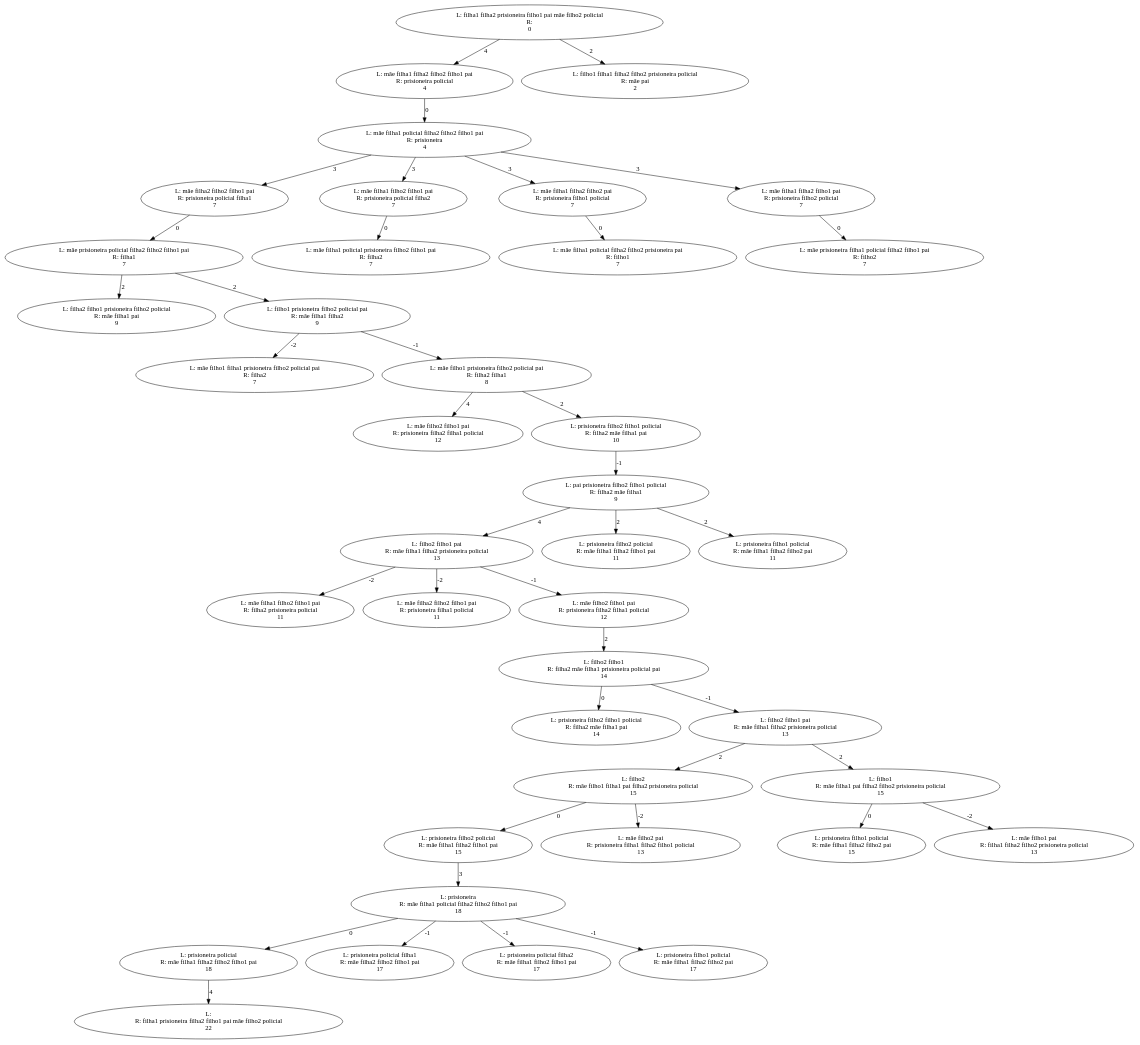
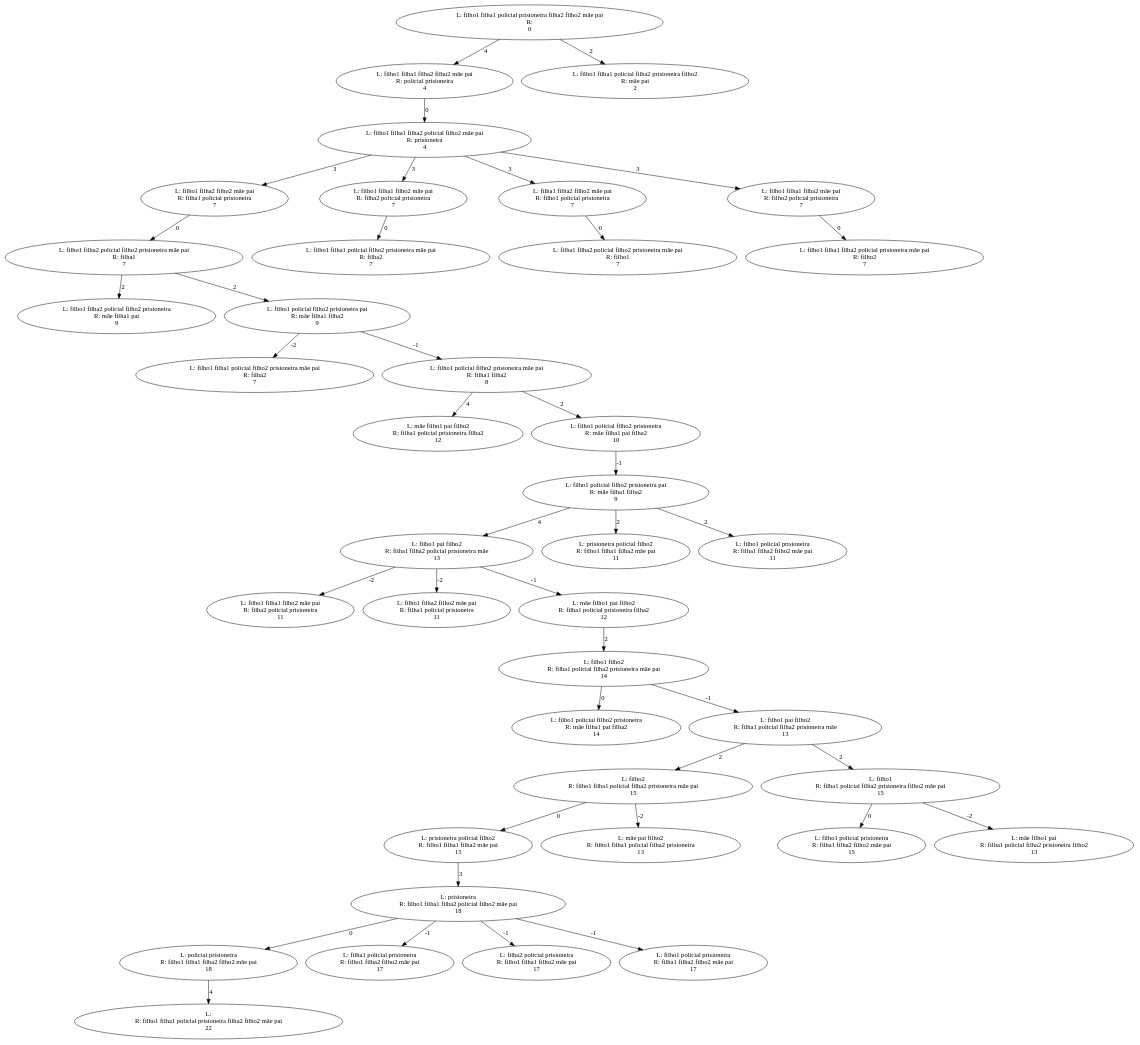
One commit to infingardi/Travessia-do-rio changed the diagram in Trees/gulosaTree.dot. Above: the diagram before and after it, drawn with Graphviz. The commit also changed 7 other files, not shown here.

```diff
--- a/Trees/gulosaTree.dot
+++ b/Trees/gulosaTree.dot
@@ -1,161 +1,161 @@
 digraph {
-0 [label="L: filha1 filha2 prisioneira filho1 pai mãe filho2 policial
+0 [label="L: filho1 filha1 policial prisioneira filha2 filho2 mãe pai
 R: 
 0"]
 0 -> 1 [label="4"]
-1 [label="L: mãe filha1 filha2 filho2 filho1 pai
-R: prisioneira policial
+1 [label="L: filho1 filha1 filha2 filho2 mãe pai
+R: policial prisioneira
 4"]
 1 -> 3 [label="0"]
-3 [label="L: mãe filha1 policial filha2 filho2 filho1 pai
+3 [label="L: filho1 filha1 filha2 policial filho2 mãe pai
 R: prisioneira
 4"]
 3 -> 4 [label="3"]
-4 [label="L: mãe filha2 filho2 filho1 pai
-R: prisioneira policial filha1
+4 [label="L: filho1 filha2 filho2 mãe pai
+R: filha1 policial prisioneira
 7"]
 4 -> 8 [label="0"]
-8 [label="L: mãe prisioneira policial filha2 filho2 filho1 pai
+8 [label="L: filho1 filha2 policial filho2 prisioneira mãe pai
 R: filha1
 7"]
 8 -> 12 [label="2"]
-12 [label="L: filha2 filho1 prisioneira filho2 policial
+12 [label="L: filho1 filha2 policial filho2 prisioneira
 R: mãe filha1 pai
 9"]
 8 -> 13 [label="2"]
-13 [label="L: filho1 prisioneira filho2 policial pai
+13 [label="L: filho1 policial filho2 prisioneira pai
 R: mãe filha1 filha2
 9"]
 13 -> 14 [label="-2"]
-14 [label="L: mãe filho1 filha1 prisioneira filho2 policial pai
+14 [label="L: filho1 filha1 policial filho2 prisioneira mãe pai
 R: filha2
 7"]
 13 -> 15 [label="-1"]
-15 [label="L: mãe filho1 prisioneira filho2 policial pai
-R: filha2 filha1
+15 [label="L: filho1 policial filho2 prisioneira mãe pai
+R: filha1 filha2
 8"]
 15 -> 16 [label="4"]
-16 [label="L: mãe filho2 filho1 pai
-R: prisioneira filha2 filha1 policial
+16 [label="L: mãe filho1 pai filho2
+R: filha1 policial prisioneira filha2
 12"]
 15 -> 17 [label="2"]
-17 [label="L: prisioneira filho2 filho1 policial
-R: filha2 mãe filha1 pai
+17 [label="L: filho1 policial filho2 prisioneira
+R: mãe filha1 pai filha2
 10"]
 17 -> 18 [label="-1"]
-18 [label="L: pai prisioneira filho2 filho1 policial
-R: filha2 mãe filha1
+18 [label="L: filho1 policial filho2 prisioneira pai
+R: mãe filha1 filha2
 9"]
 18 -> 19 [label="4"]
-19 [label="L: filho2 filho1 pai
-R: mãe filha1 filha2 prisioneira policial
+19 [label="L: filho1 pai filho2
+R: filha1 filha2 policial prisioneira mãe
 13"]
 19 -> 22 [label="-2"]
-22 [label="L: mãe filha1 filho2 filho1 pai
-R: filha2 prisioneira policial
+22 [label="L: filho1 filha1 filho2 mãe pai
+R: filha2 policial prisioneira
 11"]
 19 -> 23 [label="-2"]
-23 [label="L: mãe filha2 filho2 filho1 pai
-R: prisioneira filha1 policial
+23 [label="L: filho1 filha2 filho2 mãe pai
+R: filha1 policial prisioneira
 11"]
 19 -> 24 [label="-1"]
-24 [label="L: mãe filho2 filho1 pai
-R: prisioneira filha2 filha1 policial
+24 [label="L: mãe filho1 pai filho2
+R: filha1 policial prisioneira filha2
 12"]
 24 -> 25 [label="2"]
-25 [label="L: filho2 filho1
-R: filha2 mãe filha1 prisioneira policial pai
+25 [label="L: filho1 filho2
+R: filha1 policial filha2 prisioneira mãe pai
 14"]
 25 -> 26 [label="0"]
-26 [label="L: prisioneira filho2 filho1 policial
-R: filha2 mãe filha1 pai
+26 [label="L: filho1 policial filho2 prisioneira
+R: mãe filha1 pai filha2
 14"]
 25 -> 27 [label="-1"]
-27 [label="L: filho2 filho1 pai
-R: mãe filha1 filha2 prisioneira policial
+27 [label="L: filho1 pai filho2
+R: filha1 policial filha2 prisioneira mãe
 13"]
 27 -> 28 [label="2"]
 28 [label="L: filho2
-R: mãe filho1 filha1 pai filha2 prisioneira policial
+R: filho1 filha1 policial filha2 prisioneira mãe pai
 15"]
 28 -> 30 [label="0"]
-30 [label="L: prisioneira filho2 policial
-R: mãe filha1 filha2 filho1 pai
+30 [label="L: prisioneira policial filho2
+R: filho1 filha1 filha2 mãe pai
 15"]
 30 -> 34 [label="3"]
 34 [label="L: prisioneira
-R: mãe filha1 policial filha2 filho2 filho1 pai
+R: filho1 filha1 filha2 policial filho2 mãe pai
 18"]
 34 -> 35 [label="0"]
-35 [label="L: prisioneira policial
-R: mãe filha1 filha2 filho2 filho1 pai
+35 [label="L: policial prisioneira
+R: filho1 filha1 filha2 filho2 mãe pai
 18"]
 35 -> 39 [label="4"]
 39 [label="L: 
-R: filha1 prisioneira filha2 filho1 pai mãe filho2 policial
+R: filho1 filha1 policial prisioneira filha2 filho2 mãe pai
 22"]
 34 -> 36 [label="-1"]
-36 [label="L: prisioneira policial filha1
-R: mãe filha2 filho2 filho1 pai
+36 [label="L: filha1 policial prisioneira
+R: filho1 filha2 filho2 mãe pai
 17"]
 34 -> 37 [label="-1"]
-37 [label="L: prisioneira policial filha2
-R: mãe filha1 filho2 filho1 pai
+37 [label="L: filha2 policial prisioneira
+R: filho1 filha1 filho2 mãe pai
 17"]
 34 -> 38 [label="-1"]
-38 [label="L: prisioneira filho1 policial
-R: mãe filha1 filha2 filho2 pai
+38 [label="L: filho1 policial prisioneira
+R: filha1 filha2 filho2 mãe pai
 17"]
 28 -> 31 [label="-2"]
-31 [label="L: mãe filho2 pai
-R: prisioneira filha1 filha2 filho1 policial
+31 [label="L: mãe pai filho2
+R: filho1 filha1 policial filha2 prisioneira
 13"]
 27 -> 29 [label="2"]
 29 [label="L: filho1
-R: mãe filha1 pai filha2 filho2 prisioneira policial
+R: filha1 policial filha2 prisioneira filho2 mãe pai
 15"]
 29 -> 32 [label="0"]
-32 [label="L: prisioneira filho1 policial
-R: mãe filha1 filha2 filho2 pai
+32 [label="L: filho1 policial prisioneira
+R: filha1 filha2 filho2 mãe pai
 15"]
 29 -> 33 [label="-2"]
 33 [label="L: mãe filho1 pai
-R: filha1 filha2 filho2 prisioneira policial
+R: filha1 policial filha2 prisioneira filho2
 13"]
 18 -> 20 [label="2"]
-20 [label="L: prisioneira filho2 policial
-R: mãe filha1 filha2 filho1 pai
+20 [label="L: prisioneira policial filho2
+R: filho1 filha1 filha2 mãe pai
 11"]
 18 -> 21 [label="2"]
-21 [label="L: prisioneira filho1 policial
-R: mãe filha1 filha2 filho2 pai
+21 [label="L: filho1 policial prisioneira
+R: filha1 filha2 filho2 mãe pai
 11"]
 3 -> 5 [label="3"]
-5 [label="L: mãe filha1 filho2 filho1 pai
-R: prisioneira policial filha2
+5 [label="L: filho1 filha1 filho2 mãe pai
+R: filha2 policial prisioneira
 7"]
 5 -> 9 [label="0"]
-9 [label="L: mãe filha1 policial prisioneira filho2 filho1 pai
+9 [label="L: filho1 filha1 policial filho2 prisioneira mãe pai
 R: filha2
 7"]
 3 -> 6 [label="3"]
-6 [label="L: mãe filha1 filha2 filho2 pai
-R: prisioneira filho1 policial
+6 [label="L: filha1 filha2 filho2 mãe pai
+R: filho1 policial prisioneira
 7"]
 6 -> 10 [label="0"]
-10 [label="L: mãe filha1 policial filha2 filho2 prisioneira pai
+10 [label="L: filha1 filha2 policial filho2 prisioneira mãe pai
 R: filho1
 7"]
 3 -> 7 [label="3"]
-7 [label="L: mãe filha1 filha2 filho1 pai
-R: prisioneira filho2 policial
+7 [label="L: filho1 filha1 filha2 mãe pai
+R: filho2 policial prisioneira
 7"]
 7 -> 11 [label="0"]
-11 [label="L: mãe prisioneira filha1 policial filha2 filho1 pai
+11 [label="L: filho1 filha1 filha2 policial prisioneira mãe pai
 R: filho2
 7"]
 0 -> 2 [label="2"]
-2 [label="L: filho1 filha1 filha2 filho2 prisioneira policial
+2 [label="L: filho1 filha1 policial filha2 prisioneira filho2
 R: mãe pai
 2"]
 }
```
